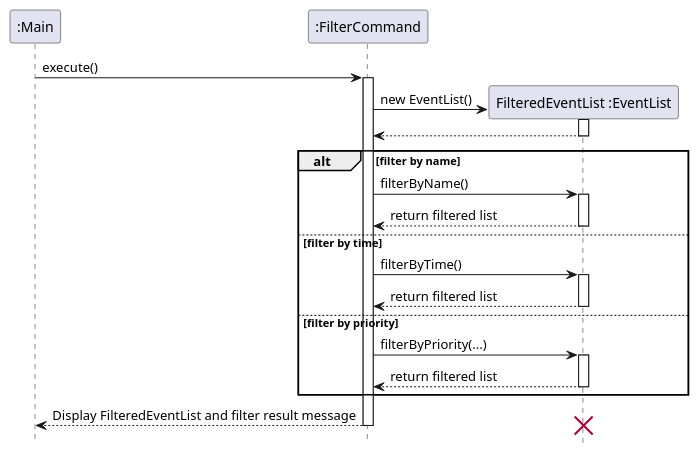
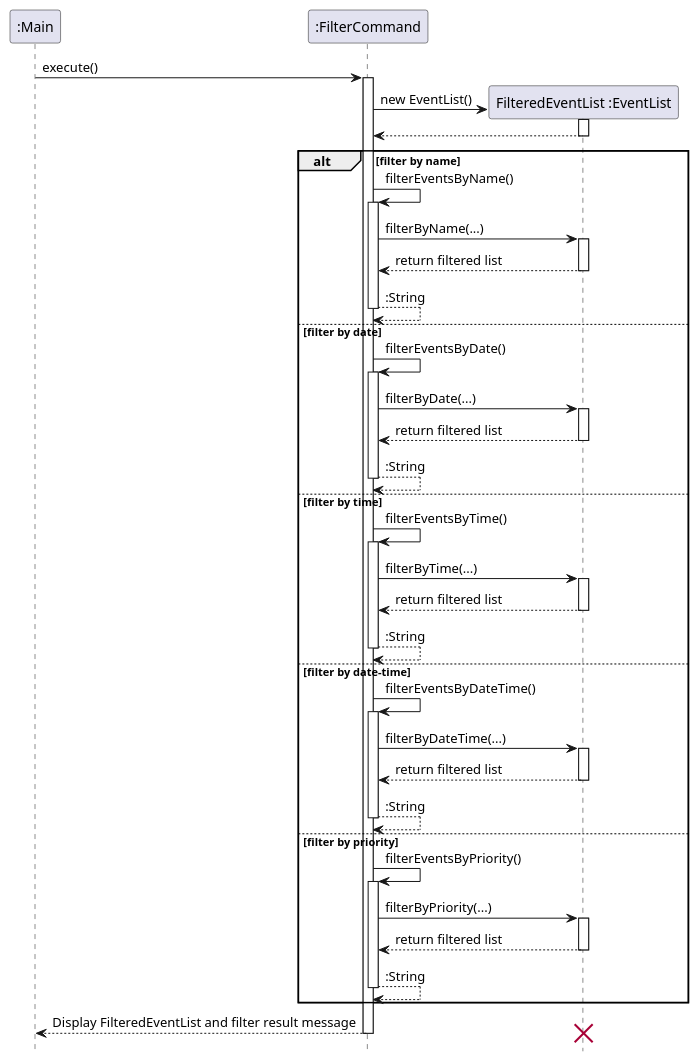
Before and after one commit to nus-cs2113-AY2425S1/tp: the diagram in docs/diagrams/FilterCommandSequenceDiagram.puml, drawn with PlantUML. The commit also changed 2 other files, not shown here.

Commit message:
Update developer guide with updated filter command

```diff
--- a/docs/diagrams/FilterCommandSequenceDiagram.puml
+++ b/docs/diagrams/FilterCommandSequenceDiagram.puml
@@ -1,36 +1,66 @@
 @startuml
 hide footbox
 participant ":Main" as Main
 participant ":FilterCommand" as FC
 
 Main -> FC: execute()
 
 create participant "FilteredEventList :EventList" as FEL
 activate FC
 FC -> FEL: new EventList()
 activate FEL
 FEL --> FC
 deactivate FEL
 
 alt filter by name
-    FC -> FEL: filterByName()
+    FC -> FC : filterEventsByName()
+    activate FC
+    FC -> FEL: filterByName(...)
     activate FEL
     FEL --> FC: return filtered list
     deactivate FEL
+    FC --> FC : :String
+    deactivate FC
+else filter by date
+        FC -> FC : filterEventsByDate()
+        activate FC
+        FC -> FEL: filterByDate(...)
+        activate FEL
+        FEL --> FC: return filtered list
+        deactivate FEL
+        FC --> FC : :String
+        deactivate FC
 else filter by time
-    FC -> FEL: filterByTime()
+    FC -> FC : filterEventsByTime()
+    activate FC
+    FC -> FEL: filterByTime(...)
     activate FEL
     FEL --> FC: return filtered list
     deactivate FEL
+    FC --> FC : :String
+    deactivate FC
+else filter by date-time
+        FC -> FC : filterEventsByDateTime()
+        activate FC
+        FC -> FEL: filterByDateTime(...)
+        activate FEL
+        FEL --> FC: return filtered list
+        deactivate FEL
+        FC --> FC : :String
+        deactivate FC
 else filter by priority
+    FC -> FC: filterEventsByPriority()
+    activate FC
     FC -> FEL: filterByPriority(...)
     activate FEL
     FEL --> FC: return filtered list
     deactivate FEL
+    FC --> FC : :String
+    deactivate FC
 end alt
 
 FC --> Main: Display FilteredEventList and filter result message
 deactivate FC
 destroy FEL
 
 @enduml
```
